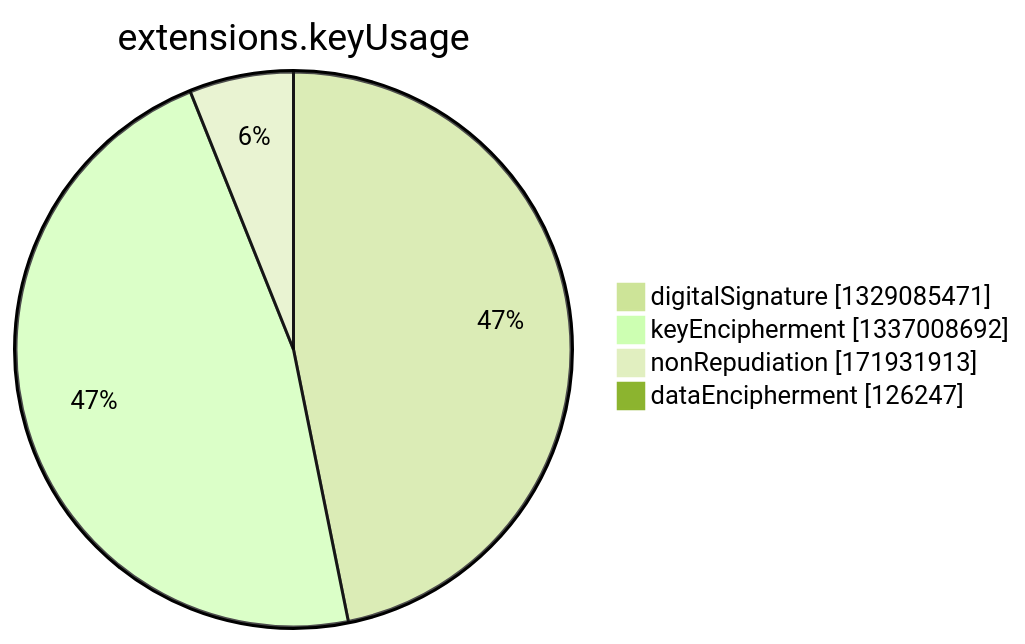
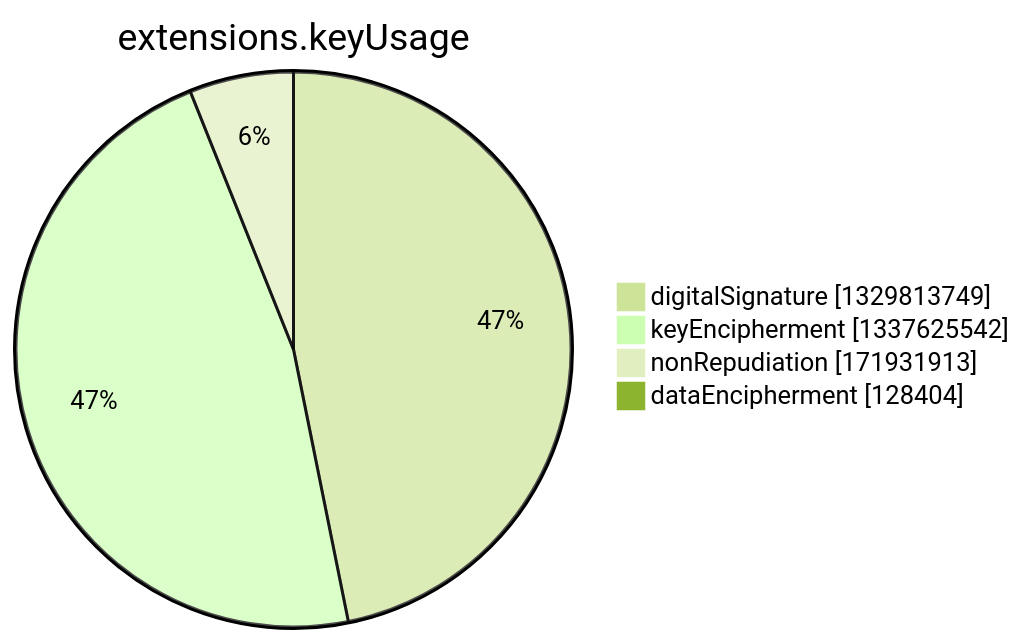
One commit to christiankrug/ctmonitor_visualization changed the seventh of 15 diagrams in argon2022/README.md. Above: the diagram before and after it, drawn with Mermaid (forest theme). The commit also changed other lines of this file, not shown here.

````diff
--- a/argon2022/README.md
+++ b/argon2022/README.md
@@ -2750,8 +2750,8 @@
 ```mermaid
 pie showData
 title extensions.keyUsage
-"digitalSignature" :1329085471
-"keyEncipherment" :1337008692
+"digitalSignature" :1329813749
+"keyEncipherment" :1337625542
 "nonRepudiation" :171931913
-"dataEncipherment" :126247
+"dataEncipherment" :128404
 ```
````
